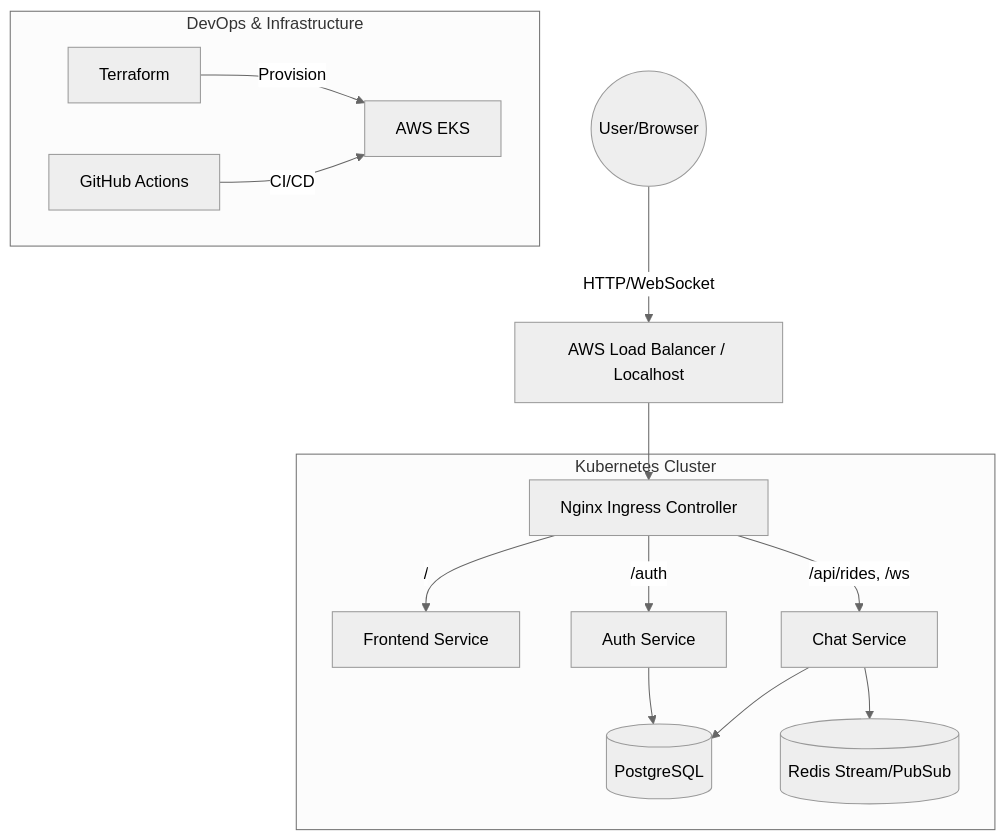
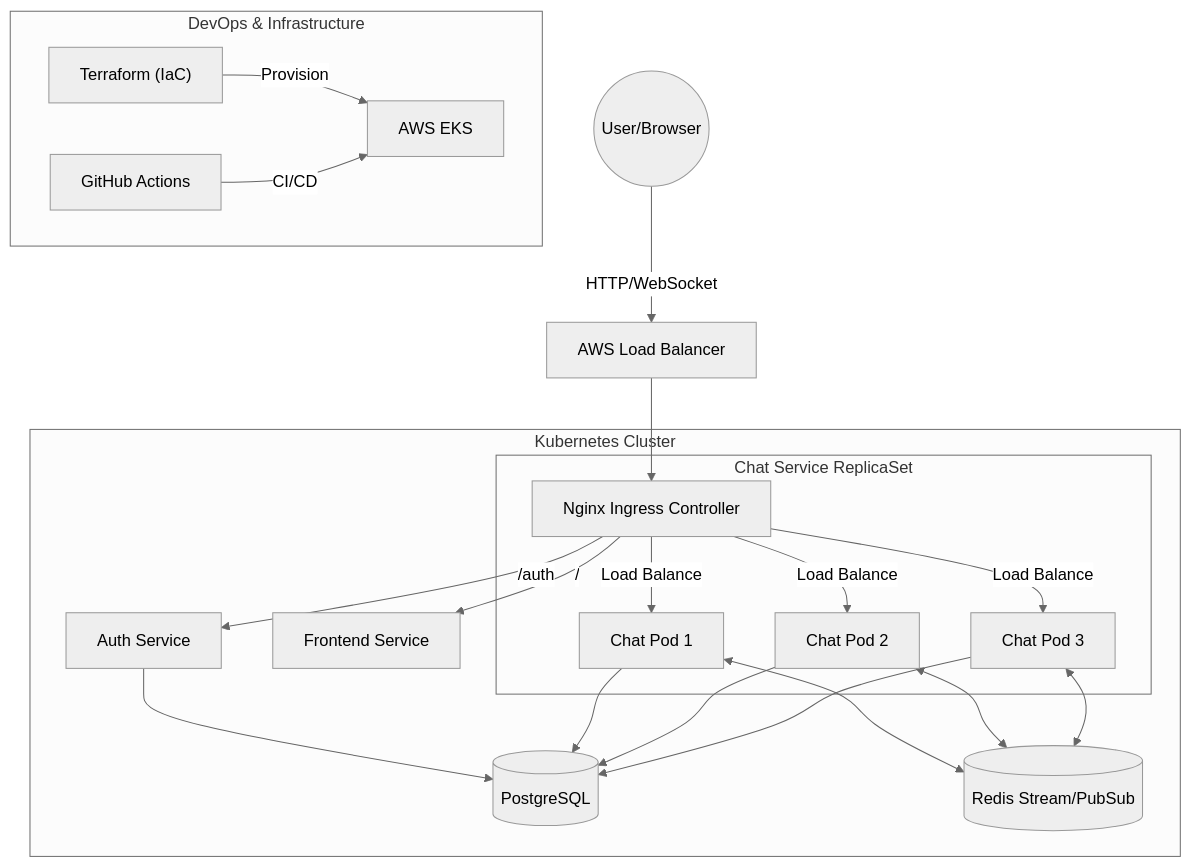
Before and after one commit to neo1202/k8s-ride-sharing: the diagram in README.md, drawn with Mermaid (neutral theme).

Commit message:
doc: readme system design

````diff
--- a/README.md
+++ b/README.md
@@ -9,20 +9,30 @@
 ```mermaid
 graph TD
-    User((User/Browser)) -->|HTTP/WebSocket| LB[AWS Load Balancer / Localhost]
-    LB --> Ingress[Nginx Ingress Controller]
+    User((User/Browser)) -->|HTTP/WebSocket| LB["AWS Load Balancer"]
+    LB --> Ingress["Nginx Ingress Controller"]
     
     subgraph Kubernetes Cluster
-        Ingress -->|/| Frontend[Frontend Service]
-        Ingress -->|/auth| Auth[Auth Service]
-        Ingress -->|/api/rides, /ws| Chat[Chat Service]
+        Ingress -->|/| Frontend["Frontend Service"]
+        Ingress -->|/auth| Auth["Auth Service"]
         
-        Auth --> DB[(PostgreSQL)]
-        Chat --> DB
-        Chat --> Redis[(Redis Stream/PubSub)]
+        subgraph "Chat Service ReplicaSet"
+            Ingress -->|Load Balance| Chat1["Chat Pod 1"]
+            Ingress -->|Load Balance| Chat2["Chat Pod 2"]
+            Ingress -->|Load Balance| Chat3["Chat Pod 3"]
+        end
+        
+        Auth --> DB[("PostgreSQL")]
+        Chat1 --> DB
+        Chat2 --> DB
+        Chat3 --> DB
+        
+        Chat1 <--> Redis[("Redis Stream/PubSub")]
+        Chat2 <--> Redis
+        Chat3 <--> Redis
     end
 
     subgraph "DevOps & Infrastructure"
-        Terraform[Terraform] -->|Provision| EKS[AWS EKS]
-        GitHub[GitHub Actions] -->|CI/CD| EKS
+        Terraform["Terraform (IaC)"] -->|Provision| EKS["AWS EKS"]
+        GitHub["GitHub Actions"] -->|CI/CD| EKS
     end
 ```
````
